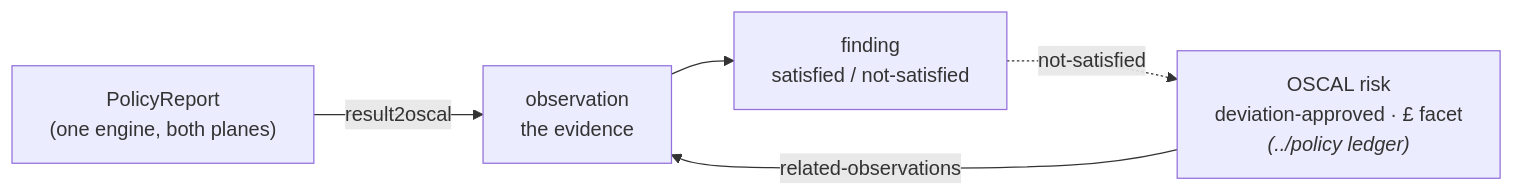
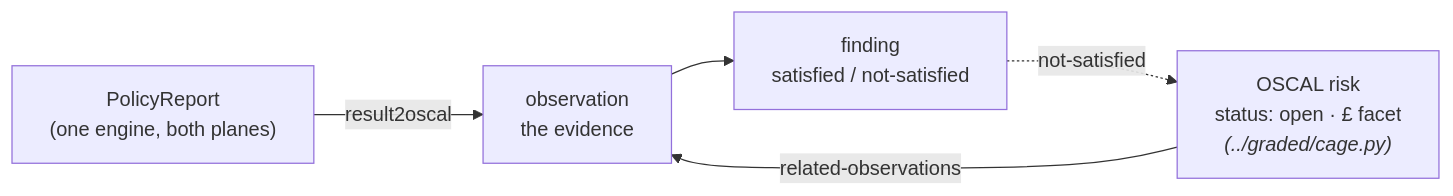
The diagram in oscal/README.md (policy-as-versioned-platform/platform), drawn with Mermaid before and after one commit. The commit also changed other lines of this file and 14 other files, not shown here.

First line of the commit message:
Remove the exemption ledger; the cage produces its OSCAL risk (govern-05)

````diff
--- a/oscal/README.md
+++ b/oscal/README.md
@@ -9,8 +10,8 @@
 ```mermaid
 flowchart LR
     pr["PolicyReport<br/>(one engine, both planes)"]
     pr -->|result2oscal| obs["observation<br/>the evidence"]
     obs --> find["finding<br/>satisfied / not-satisfied"]
-    find -.->|not-satisfied| risk["OSCAL risk<br/>deviation-approved · £ facet<br/><i>(../policy ledger)</i>"]
+    find -.->|not-satisfied| risk["OSCAL risk<br/>status: open · £ facet<br/><i>(../graded/cage.py)</i>"]
     risk -->|related-observations| obs
 ```
````
